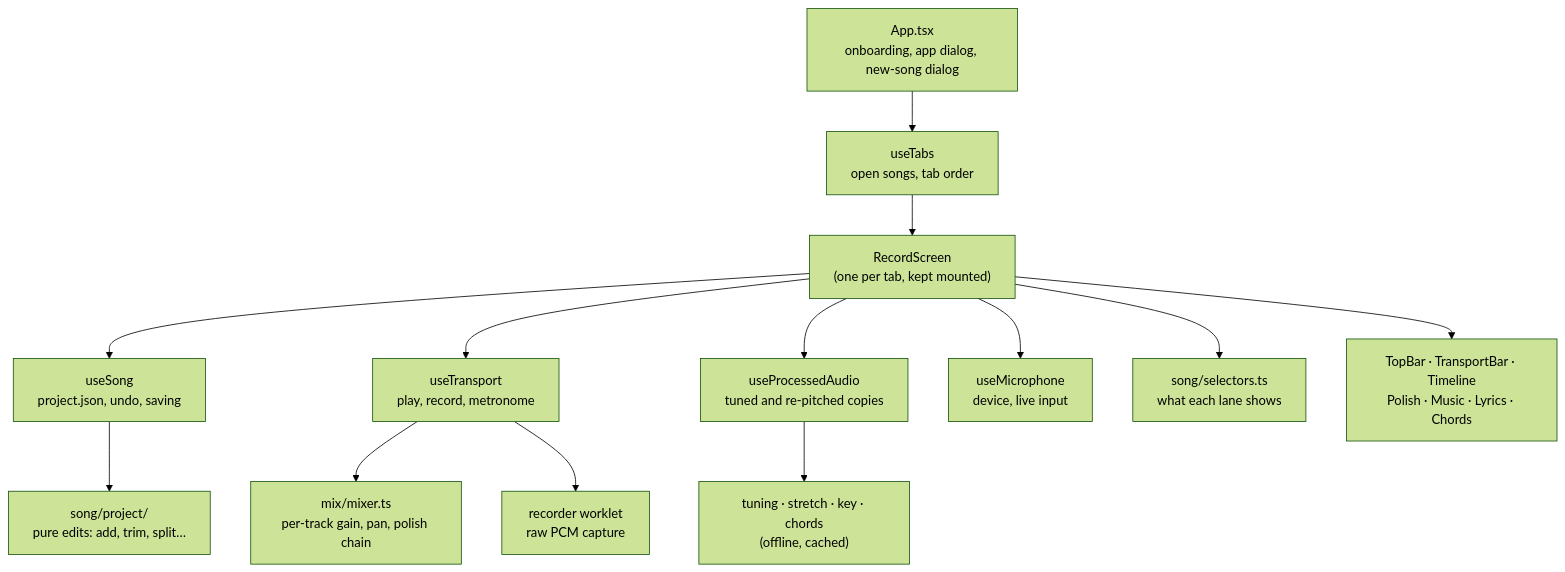
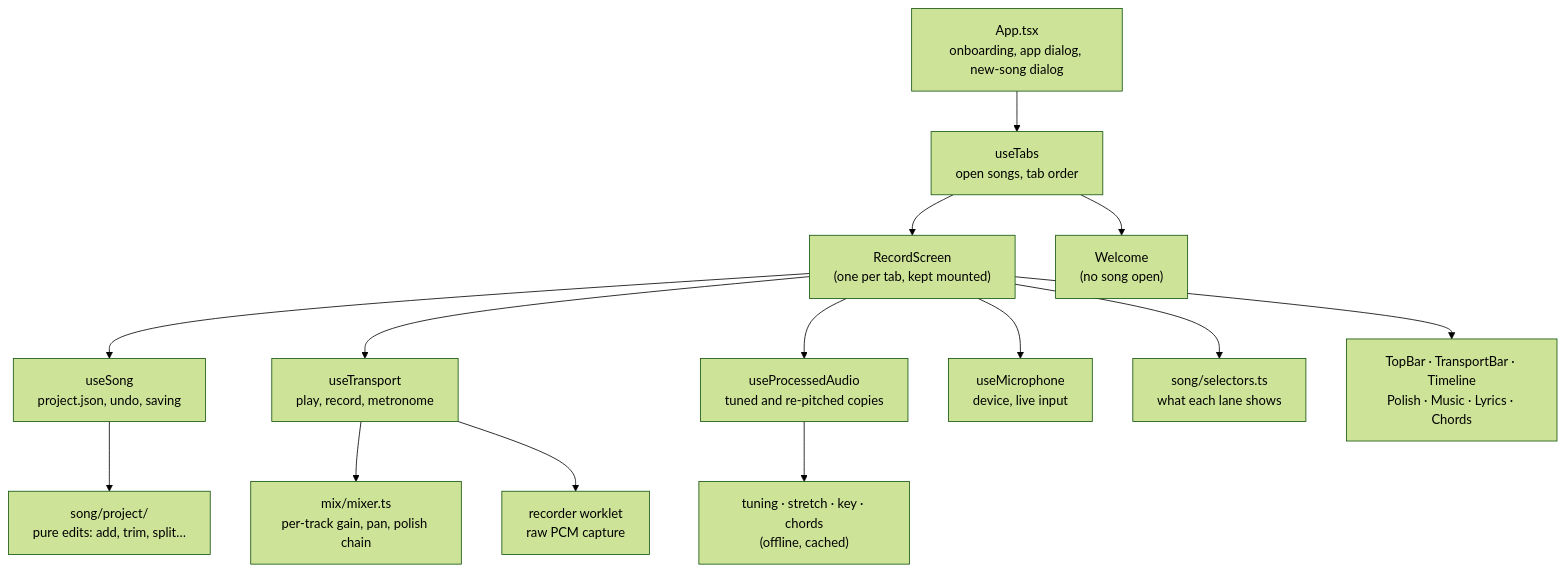
The second of 6 diagrams in docs/architecture.md (andy-techen/rove), drawn with Mermaid (forest theme) before and after one commit. The commit also changed 21 other files, not shown here.

First line of the commit message:
Close the last song and land on a welcome screen

````diff
--- a/docs/architecture.md
+++ b/docs/architecture.md
@@ -51,19 +51,20 @@
 ```mermaid
 flowchart TB
   App["App.tsx<br/>onboarding, app dialog, new-song dialog"] --> tabs["useTabs<br/>open songs, tab order"]
   tabs --> screen["RecordScreen<br/>(one per tab, kept mounted)"]
+  tabs --> welcome["Welcome<br/>(no song open)"]
 
   screen --> song["useSong<br/>project.json, undo, saving"]
   screen --> transport["useTransport<br/>play, record, metronome"]
   screen --> processed["useProcessedAudio<br/>tuned and re-pitched copies"]
   screen --> mic["useMicrophone<br/>device, live input"]
 
   song --> ops["song/project/<br/>pure edits: add, trim, split…"]
   screen --> selectors["song/selectors.ts<br/>what each lane shows"]
 
   transport --> mixer["mix/mixer.ts<br/>per-track gain, pan, polish chain"]
   transport --> recorder["recorder worklet<br/>raw PCM capture"]
   processed --> dsp["tuning · stretch · key · chords<br/>(offline, cached)"]
 
   screen --> ui["TopBar · TransportBar · Timeline<br/>Polish · Music · Lyrics · Chords"]
 ```
````
